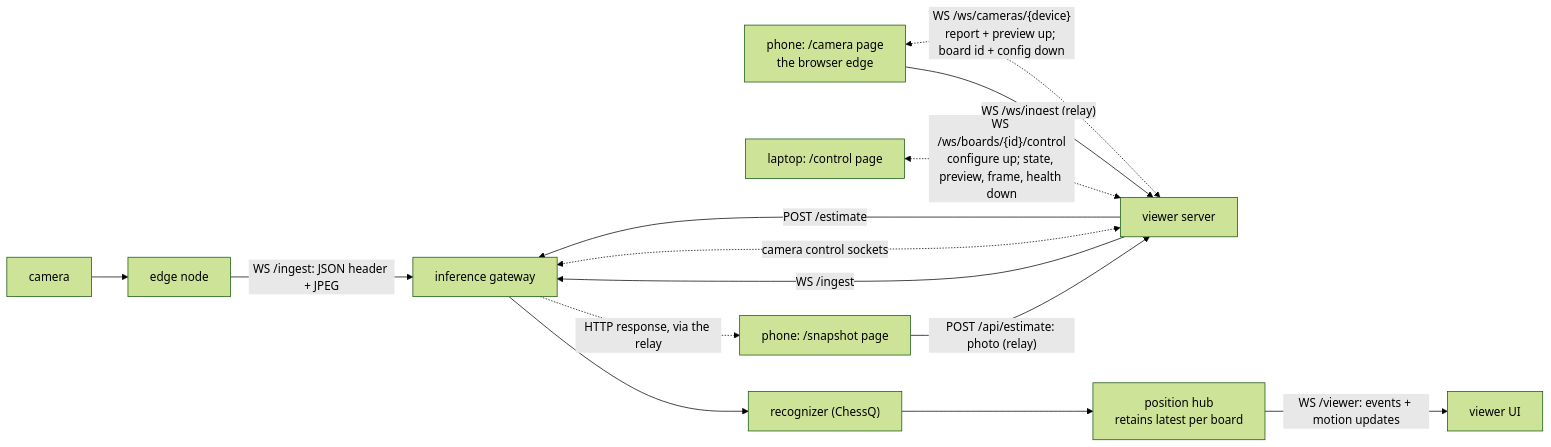
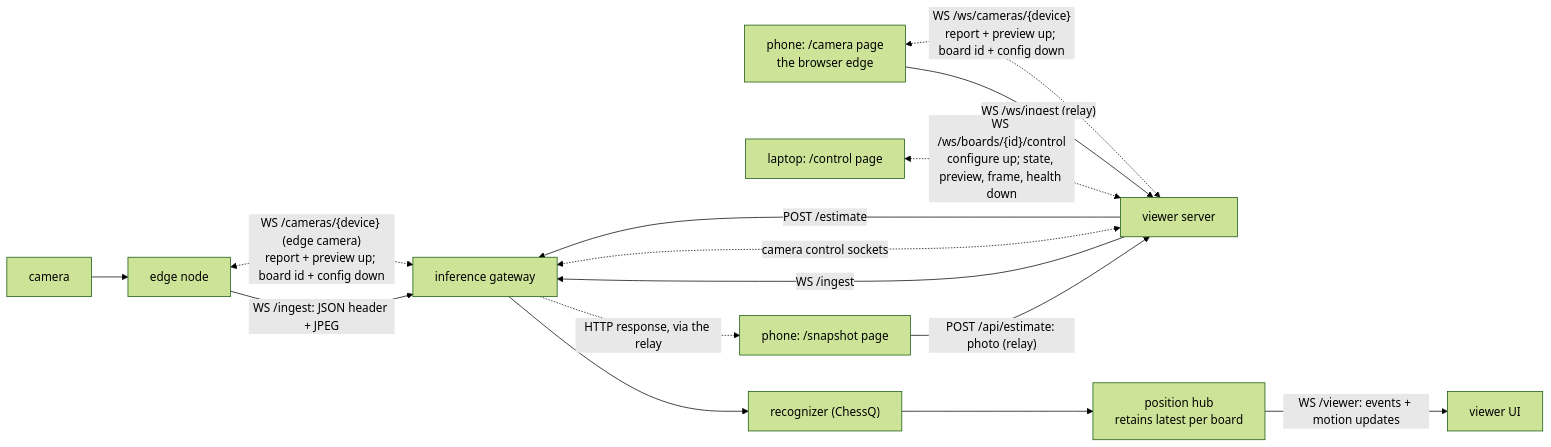
The diagram in docs/architecture.md (membranepotential/board-reader), drawn with Mermaid (forest theme) before and after one commit. The commit also changed other lines of this file and 4 other files, not shown here.

````diff
--- a/docs/architecture.md
+++ b/docs/architecture.md
@@ -38,16 +38,17 @@
 ```mermaid
 flowchart LR
   cam[camera] --> edge[edge node]
   edge -->|WS /ingest: JSON header + JPEG| gw[inference gateway]
+  edge <-.->|"WS /cameras/{device} (edge camera)<br/>report + preview up; board id + config down"| gw
   camphone[phone: /camera page<br/>the browser edge] -->|"WS /ws/ingest (relay)"| vw[viewer server]
   vw -->|WS /ingest| gw
   laptop[laptop: /control page] <-.->|"WS /ws/boards/{id}/control<br/>configure up; state, preview, frame, health down"| vw
   camphone <-.->|"WS /ws/cameras/{device}<br/>report + preview up; board id + config down"| vw
   vw <-.->|camera control sockets| gw
   phone[phone: /snapshot page] -->|"POST /api/estimate: photo (relay)"| vw
   vw -->|POST /estimate| gw
   gw --> rec["recognizer (ChessQ)"]
   rec --> hub[position hub<br/>retains latest per board]
   hub -->|"WS /viewer: events + motion updates"| viewer[viewer UI]
   gw -.->|HTTP response, via the relay| phone
 ```
````
